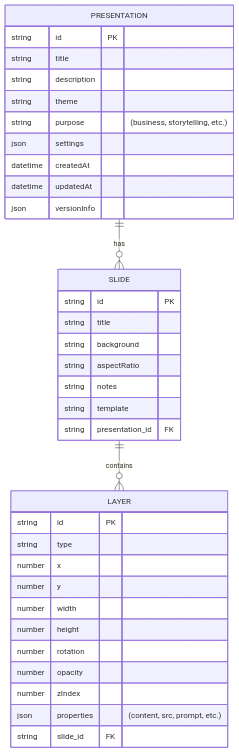
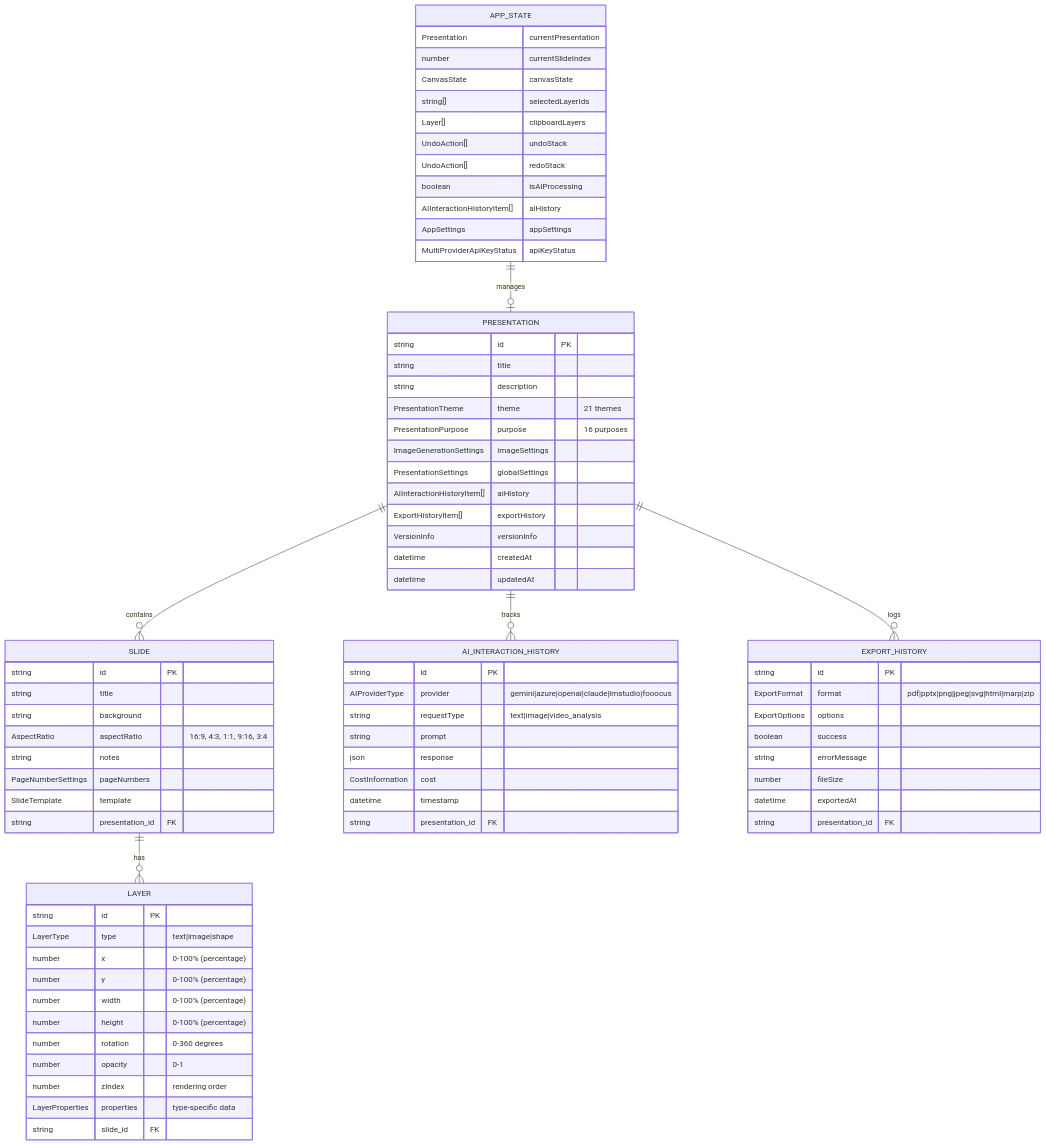
One commit to t2k2pp/SlideMaster changed the sixth of 11 diagrams in docs/02_Basic_Design.md. Above: the diagram before and after it, drawn with Mermaid. The commit also changed other lines of this file and 8 other files, not shown here.

````diff
--- a/docs/02_Basic_Design.md
+++ b/docs/02_Basic_Design.md
@@ -135,38 +267,81 @@
         string id PK
         string title
         string description
-        string theme
-        string purpose "(business, storytelling, etc.)"
-        json settings
+        PresentationTheme theme "21 themes"
+        PresentationPurpose purpose "16 purposes"
+        ImageGenerationSettings imageSettings
+        PresentationSettings globalSettings
+        AIInteractionHistoryItem[] aiHistory
+        ExportHistoryItem[] exportHistory
+        VersionInfo versionInfo
         datetime createdAt
         datetime updatedAt
-        json versionInfo
     }
 
     SLIDE {
         string id PK
         string title
         string background
-        string aspectRatio
+        AspectRatio aspectRatio "16:9, 4:3, 1:1, 9:16, 3:4"
         string notes
-        string template
+        PageNumberSettings pageNumbers
+        SlideTemplate template
         string presentation_id FK
     }
 
     LAYER {
         string id PK
-        string type
-        number x
-        number y
-        number width
-        number height
-        number rotation
-        number opacity
-        number zIndex
-        json properties "(content, src, prompt, etc.)"
+        LayerType type "text|image|shape"
+        number x "0-100% (percentage)"
+        number y "0-100% (percentage)"
+        number width "0-100% (percentage)"
+        number height "0-100% (percentage)"
+        number rotation "0-360 degrees"
+        number opacity "0-1"
+        number zIndex "rendering order"
+        LayerProperties properties "type-specific data"
         string slide_id FK
     }
 
-    PRESENTATION ||--o{ SLIDE : has
-    SLIDE ||--o{ LAYER : contains
+    AI_INTERACTION_HISTORY {
+        string id PK
+        AIProviderType provider "gemini|azure|openai|claude|lmstudio|fooocus"
+        string requestType "text|image|video_analysis"
+        string prompt
+        json response
+        CostInformation cost
+        datetime timestamp
+        string presentation_id FK
+    }
+
+    EXPORT_HISTORY {
+        string id PK
+        ExportFormat format "pdf|pptx|png|jpeg|svg|html|marp|zip"
+        ExportOptions options
+        boolean success
+        string errorMessage
+        number fileSize
+        datetime exportedAt
+        string presentation_id FK
+    }
+
+    APP_STATE {
+        Presentation currentPresentation
+        number currentSlideIndex
+        CanvasState canvasState
+        string[] selectedLayerIds
+        Layer[] clipboardLayers
+        UndoAction[] undoStack
+        UndoAction[] redoStack
+        boolean isAIProcessing
+        AIInteractionHistoryItem[] aiHistory
+        AppSettings appSettings
+        MultiProviderApiKeyStatus apiKeyStatus
+    }
+
+    PRESENTATION ||--o{ SLIDE : "contains"
+    SLIDE ||--o{ LAYER : "has"
+    PRESENTATION ||--o{ AI_INTERACTION_HISTORY : "tracks"
+    PRESENTATION ||--o{ EXPORT_HISTORY : "logs"
+    APP_STATE ||--o| PRESENTATION : "manages"
 ```
````
